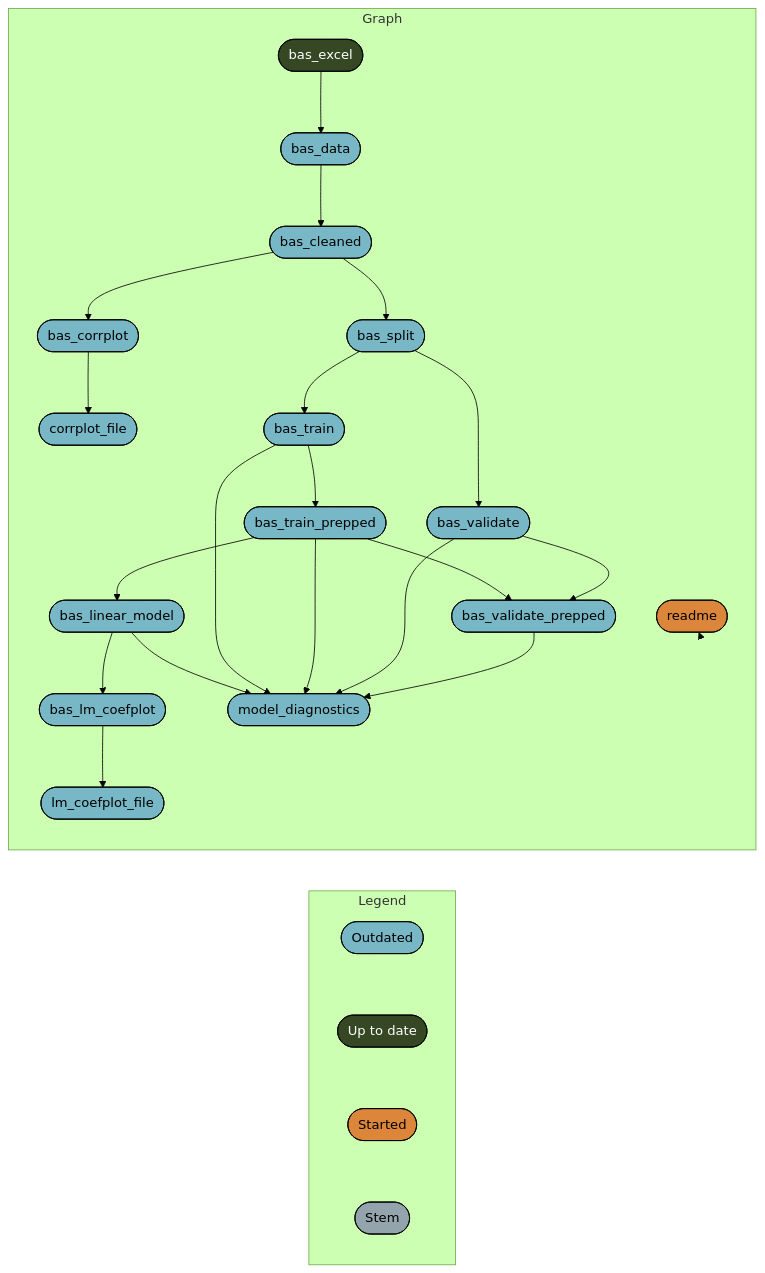
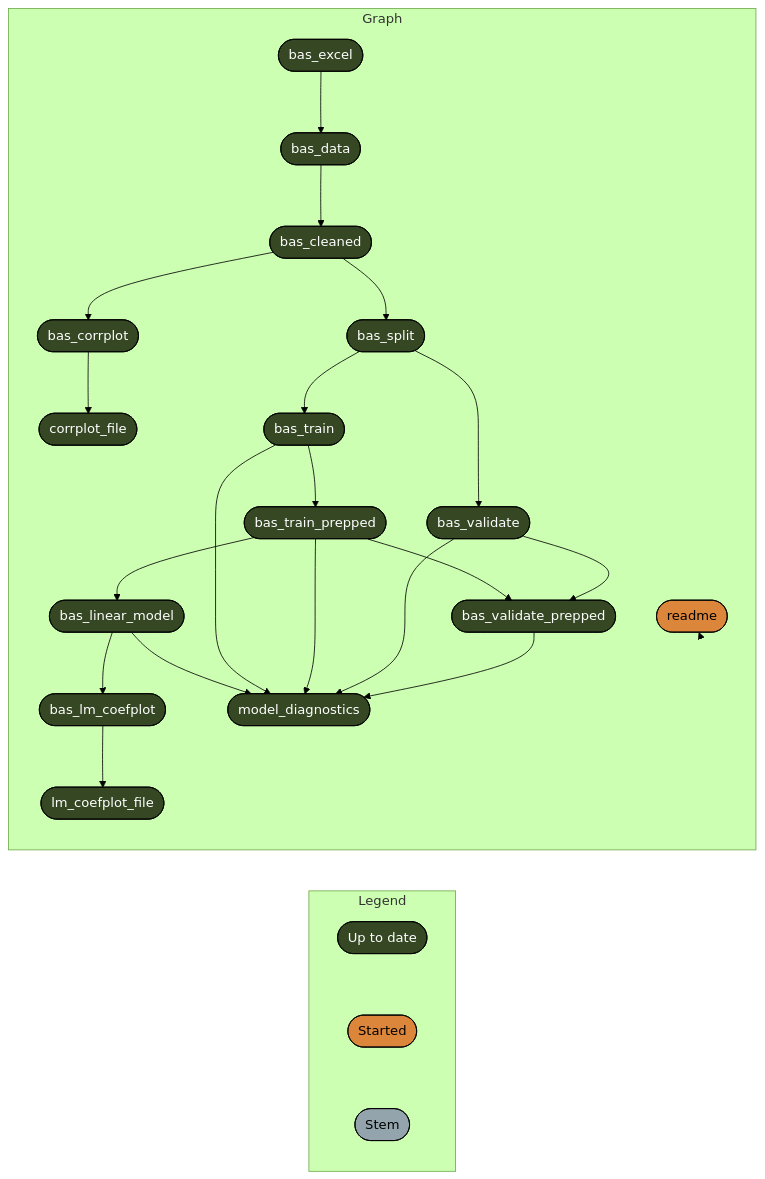
Before and after one commit to ecohealthalliance/mpx-diagnosis: the diagram in README.md, drawn with Mermaid (forest theme). The commit also changed other lines of this file and 3 other files, not shown here.

````diff
--- a/README.md
+++ b/README.md
@@ -51,37 +38,34 @@
-    ``` mermaid
-    graph LR
-      subgraph Legend
-        x0a52b03877696646([""Outdated""]):::outdated --- x7420bd9270f8d27d([""Up to date""]):::uptodate
-        x7420bd9270f8d27d([""Up to date""]):::uptodate --- x5b3426b4c7fa7dbc([""Started""]):::started
-        x5b3426b4c7fa7dbc([""Started""]):::started --- xbf4603d6c2c2ad6b([""Stem""]):::none
-      end
-      subgraph Graph
-        x608f26fc87c17c04(["bas_corrplot"]):::outdated --> xea144c390a1e3213(["corrplot_file"]):::outdated
-        xe22e80ea1c77ed8b(["bas_train_prepped"]):::outdated --> x12e75493b9005333(["bas_validate_prepped"]):::outdated
-        xc9200d108e1b2a66(["bas_validate"]):::outdated --> x12e75493b9005333(["bas_validate_prepped"]):::outdated
-        x2a8bb2bae1240fcd(["bas_excel"]):::uptodate --> x4b217d550d08ada0(["bas_data"]):::outdated
-        x3e4c5a69e5aaafdc(["bas_split"]):::outdated --> xc9200d108e1b2a66(["bas_validate"]):::outdated
-        x4b217d550d08ada0(["bas_data"]):::outdated --> x1bf6c3824c366cb1(["bas_cleaned"]):::outdated
-        xdb35712610fbc604(["bas_linear_model"]):::outdated --> x79fe21176be90f97(["bas_lm_coefplot"]):::outdated
-        xb8aa5e15e9f1f7b2(["bas_train"]):::outdated --> xe22e80ea1c77ed8b(["bas_train_prepped"]):::outdated
-        x1bf6c3824c366cb1(["bas_cleaned"]):::outdated --> x3e4c5a69e5aaafdc(["bas_split"]):::outdated
-        x3e4c5a69e5aaafdc(["bas_split"]):::outdated --> xb8aa5e15e9f1f7b2(["bas_train"]):::outdated
-        xdb35712610fbc604(["bas_linear_model"]):::outdated --> x1e7dc8900c0252af(["model_diagnostics"]):::outdated
-        xb8aa5e15e9f1f7b2(["bas_train"]):::outdated --> x1e7dc8900c0252af(["model_diagnostics"]):::outdated
-        xe22e80ea1c77ed8b(["bas_train_prepped"]):::outdated --> x1e7dc8900c0252af(["model_diagnostics"]):::outdated
-        xc9200d108e1b2a66(["bas_validate"]):::outdated --> x1e7dc8900c0252af(["model_diagnostics"]):::outdated
-        x12e75493b9005333(["bas_validate_prepped"]):::outdated --> x1e7dc8900c0252af(["model_diagnostics"]):::outdated
-        x79fe21176be90f97(["bas_lm_coefplot"]):::outdated --> xf8bd9369e68bca9a(["lm_coefplot_file"]):::outdated
-        x1bf6c3824c366cb1(["bas_cleaned"]):::outdated --> x608f26fc87c17c04(["bas_corrplot"]):::outdated
-        xe22e80ea1c77ed8b(["bas_train_prepped"]):::outdated --> xdb35712610fbc604(["bas_linear_model"]):::outdated
-        x6e52cb0f1668cc22(["readme"]):::started --> x6e52cb0f1668cc22(["readme"]):::started
-      end
-      classDef outdated stroke:#000000,color:#000000,fill:#78B7C5;
-      classDef uptodate stroke:#000000,color:#ffffff,fill:#354823;
-      classDef started stroke:#000000,color:#000000,fill:#DC863B;
-      classDef none stroke:#000000,color:#000000,fill:#94a4ac;
-      linkStyle 0 stroke-width:0px;
-      linkStyle 1 stroke-width:0px;
-      linkStyle 2 stroke-width:0px;
-      linkStyle 21 stroke-width:0px;
-    ```
+``` mermaid
+graph LR
+  subgraph Legend
+    x7420bd9270f8d27d([""Up to date""]):::uptodate --- x5b3426b4c7fa7dbc([""Started""]):::started
+    x5b3426b4c7fa7dbc([""Started""]):::started --- xbf4603d6c2c2ad6b([""Stem""]):::none
+  end
+  subgraph Graph
+    x608f26fc87c17c04(["bas_corrplot"]):::uptodate --> xea144c390a1e3213(["corrplot_file"]):::uptodate
+    xe22e80ea1c77ed8b(["bas_train_prepped"]):::uptodate --> x12e75493b9005333(["bas_validate_prepped"]):::uptodate
+    xc9200d108e1b2a66(["bas_validate"]):::uptodate --> x12e75493b9005333(["bas_validate_prepped"]):::uptodate
+    x2a8bb2bae1240fcd(["bas_excel"]):::uptodate --> x4b217d550d08ada0(["bas_data"]):::uptodate
+    x3e4c5a69e5aaafdc(["bas_split"]):::uptodate --> xc9200d108e1b2a66(["bas_validate"]):::uptodate
+    x4b217d550d08ada0(["bas_data"]):::uptodate --> x1bf6c3824c366cb1(["bas_cleaned"]):::uptodate
+    xdb35712610fbc604(["bas_linear_model"]):::uptodate --> x79fe21176be90f97(["bas_lm_coefplot"]):::uptodate
+    xb8aa5e15e9f1f7b2(["bas_train"]):::uptodate --> xe22e80ea1c77ed8b(["bas_train_prepped"]):::uptodate
+    x1bf6c3824c366cb1(["bas_cleaned"]):::uptodate --> x3e4c5a69e5aaafdc(["bas_split"]):::uptodate
+    x3e4c5a69e5aaafdc(["bas_split"]):::uptodate --> xb8aa5e15e9f1f7b2(["bas_train"]):::uptodate
+    xdb35712610fbc604(["bas_linear_model"]):::uptodate --> x1e7dc8900c0252af(["model_diagnostics"]):::uptodate
+    xb8aa5e15e9f1f7b2(["bas_train"]):::uptodate --> x1e7dc8900c0252af(["model_diagnostics"]):::uptodate
+    xe22e80ea1c77ed8b(["bas_train_prepped"]):::uptodate --> x1e7dc8900c0252af(["model_diagnostics"]):::uptodate
+    xc9200d108e1b2a66(["bas_validate"]):::uptodate --> x1e7dc8900c0252af(["model_diagnostics"]):::uptodate
+    x12e75493b9005333(["bas_validate_prepped"]):::uptodate --> x1e7dc8900c0252af(["model_diagnostics"]):::uptodate
+    x79fe21176be90f97(["bas_lm_coefplot"]):::uptodate --> xf8bd9369e68bca9a(["lm_coefplot_file"]):::uptodate
+    x1bf6c3824c366cb1(["bas_cleaned"]):::uptodate --> x608f26fc87c17c04(["bas_corrplot"]):::uptodate
+    xe22e80ea1c77ed8b(["bas_train_prepped"]):::uptodate --> xdb35712610fbc604(["bas_linear_model"]):::uptodate
+    x6e52cb0f1668cc22(["readme"]):::started --> x6e52cb0f1668cc22(["readme"]):::started
+  end
+  classDef uptodate stroke:#000000,color:#ffffff,fill:#354823;
+  classDef started stroke:#000000,color:#000000,fill:#DC863B;
+  classDef none stroke:#000000,color:#000000,fill:#94a4ac;
+  linkStyle 0 stroke-width:0px;
+  linkStyle 1 stroke-width:0px;
+  linkStyle 20 stroke-width:0px;
+```
````
